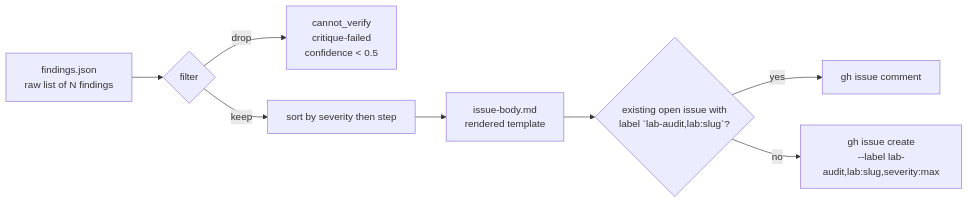
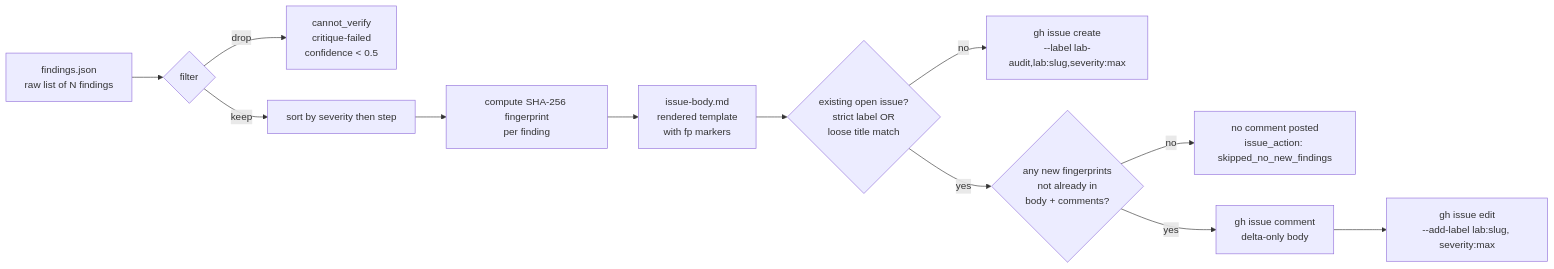
The fourth of 4 diagrams in docs/architecture.md (aprildunnam/AgentAcademyLabTestPlugin), drawn with Mermaid before and after one commit. The commit also changed other lines of this file and 16 other files, not shown here.

First line of the commit message:
feat: enforce open-issue/PR dedup and add screenshot append flow (v0.2.0)

````diff
--- a/docs/architecture.md
+++ b/docs/architecture.md
@@ -142,11 +160,15 @@
 ```mermaid
 flowchart LR
     F[findings.json<br/>raw list of N findings]
     F --> Filt{filter}
     Filt -->|drop| Skipped[cannot_verify<br/>critique-failed<br/>confidence < 0.5]
     Filt -->|keep| Sorted[sort by severity then step]
-    Sorted --> Body[issue-body.md<br/>rendered template]
-    Body --> Dedup{existing open issue with<br/>label `lab-audit,lab:slug`?}
-    Dedup -->|yes| Comment[gh issue comment]
+    Sorted --> FP[compute SHA-256 fingerprint<br/>per finding]
+    FP --> Body[issue-body.md<br/>rendered template<br/>with fp markers]
+    Body --> Dedup{existing open issue?<br/>strict label OR<br/>loose title match}
     Dedup -->|no| Create[gh issue create<br/>--label lab-audit,lab:slug,severity:max]
+    Dedup -->|yes| FPCheck{any new fingerprints<br/>not already in<br/>body + comments?}
+    FPCheck -->|no| SkipNoNew[no comment posted<br/>issue_action: skipped_no_new_findings]
+    FPCheck -->|yes| Comment[gh issue comment<br/>delta-only body]
+    Comment --> Backfill[gh issue edit<br/>--add-label lab:slug, severity:max]
 ```
````
